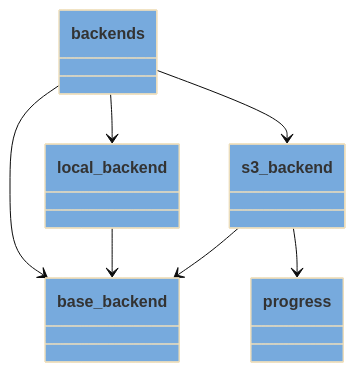
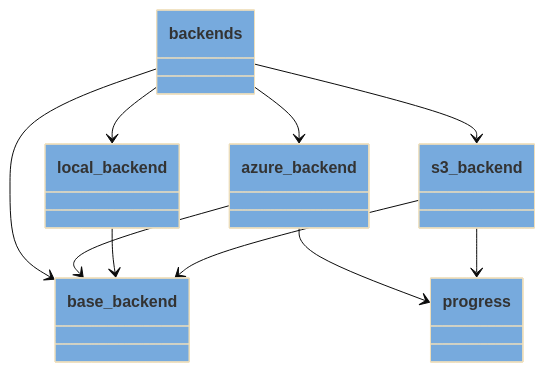
The diagram in docs/pyreverse/mermaid/packages_pythermondt.io.backends.mmd (voidsy-gmbh/pyThermoNDT), drawn with Mermaid (base theme) before and after one commit. The commit also changed 21 other files, not shown here.

```diff
--- a/docs/pyreverse/mermaid/packages_pythermondt.io.backends.mmd
+++ b/docs/pyreverse/mermaid/packages_pythermondt.io.backends.mmd
@@ -1,22 +1,28 @@
 classDiagram
   class backends {
   }
   style backends fill:#77AADD
+  class azure_backend {
+  }
+  style azure_backend fill:#77AADD
   class base_backend {
   }
   style base_backend fill:#77AADD
   class local_backend {
   }
   style local_backend fill:#77AADD
   class progress {
   }
   style progress fill:#77AADD
   class s3_backend {
   }
   style s3_backend fill:#77AADD
+  backends --> azure_backend
   backends --> base_backend
   backends --> local_backend
   backends --> s3_backend
+  azure_backend --> base_backend
+  azure_backend --> progress
   local_backend --> base_backend
   s3_backend --> base_backend
   s3_backend --> progress
```
